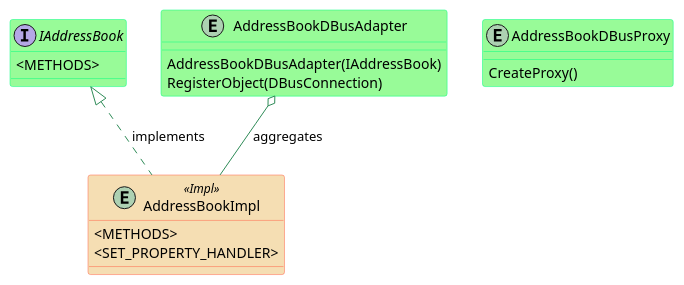
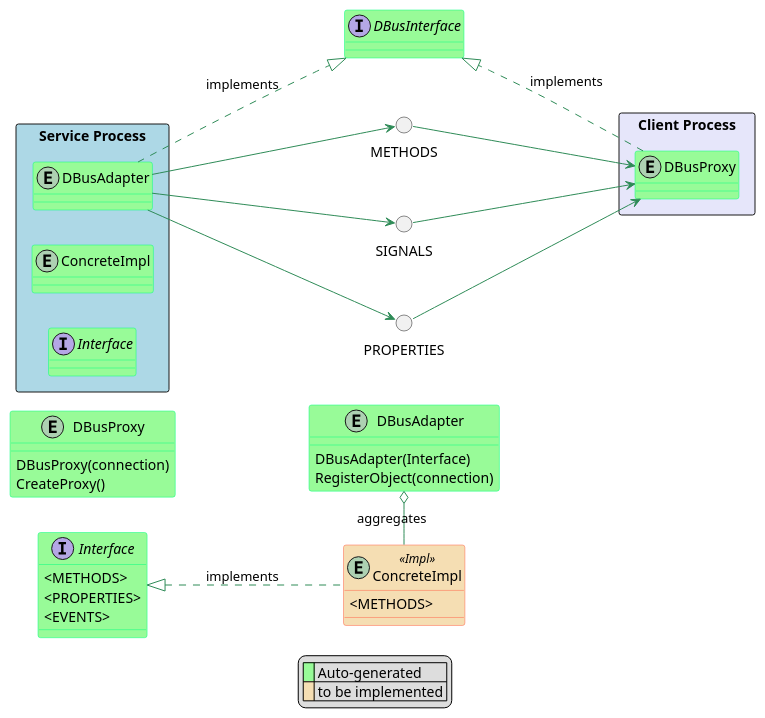
Before and after one commit to idleroamer/qfacedotnet: the diagram in assets/diagrams/class-hierarchy.puml, drawn with PlantUML. The commit also changed 1 other file, not shown here.

```diff
--- a/assets/diagrams/class-hierarchy.puml
+++ b/assets/diagrams/class-hierarchy.puml
@@ -1,30 +1,70 @@
 @startuml
 skinparam class {
 BackgroundColor PaleGreen
 ArrowColor SeaGreen
 BorderColor SpringGreen
 BackgroundColor<<Impl>> Wheat
 BorderColor<<Impl>> Tomato
 }
 
-interface IAddressBook {
- <METHODS> 
+package "Client Process" <<Rectangle>> #Lavender {
+  entity DBusProxy
 }
 
-entity AddressBookDBusAdapter {
- AddressBookDBusAdapter(IAddressBook)
- RegisterObject(DBusConnection)
+package "Service Process" <<Rectangle>> #LightBlue {
+  entity DBusAdapter
+  entity ConcreteImpl
+  interface Interface
 }
 
-entity AddressBookDBusProxy {
+interface Interface {
+ <METHODS>
+ <PROPERTIES>
+ <EVENTS>
+}
+
+left to right direction
+
+together {
+interface DBusInterface
+() METHODS
+() SIGNALS
+() PROPERTIES
+}
+
+DBusAdapter ..|> DBusInterface: implements
+DBusAdapter --> METHODS
+DBusAdapter --> SIGNALS
+DBusAdapter --> PROPERTIES
+
+DBusProxy ..|> DBusInterface: implements
+METHODS --> DBusProxy 
+SIGNALS --> DBusProxy 
+PROPERTIES --> DBusProxy
+
+
+entity DBusAdapter {
+ DBusAdapter(Interface)
+ RegisterObject(connection)
+}
+
+entity DBusProxy {
+ DBusProxy(connection)
  CreateProxy()
 }
 
-entity AddressBookImpl <<Impl>> {
+entity ConcreteImpl <<Impl>> {
  <METHODS>
- <SET_PROPERTY_HANDLER>
 }
-IAddressBook <|.. AddressBookImpl : implements
-AddressBookDBusAdapter o-- AddressBookImpl: aggregates
+
+
+Interface <|.. ConcreteImpl : implements
+DBusAdapter o- ConcreteImpl: aggregates
+
+
+legend
+|<back:PaleGreen>   </back>| Auto-generated |
+|<back:Wheat>   </back>| to be implemented |
+endlegend
 
 @enduml
```
